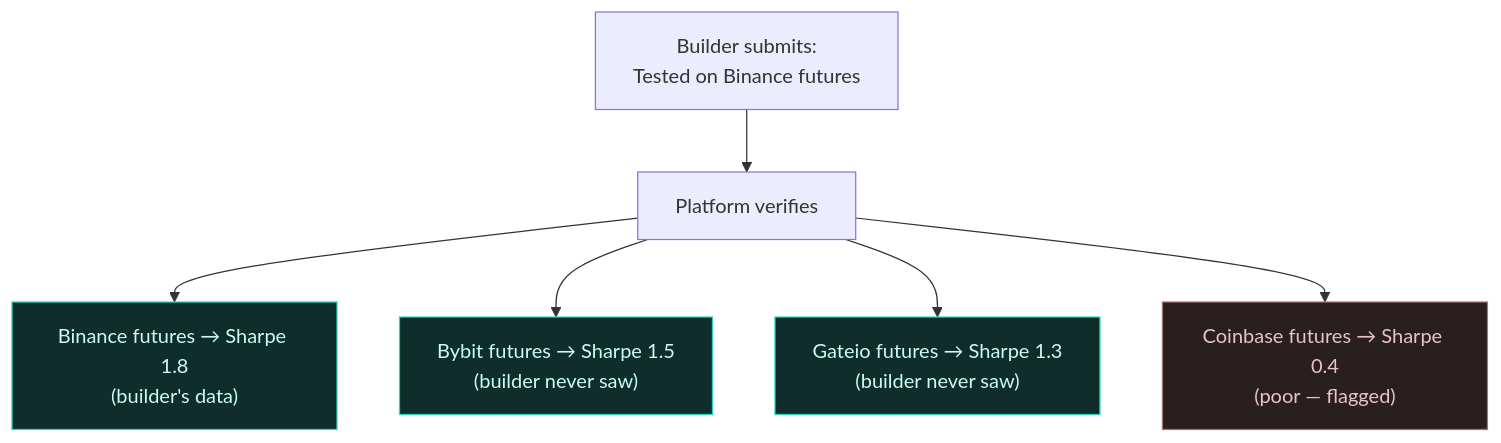
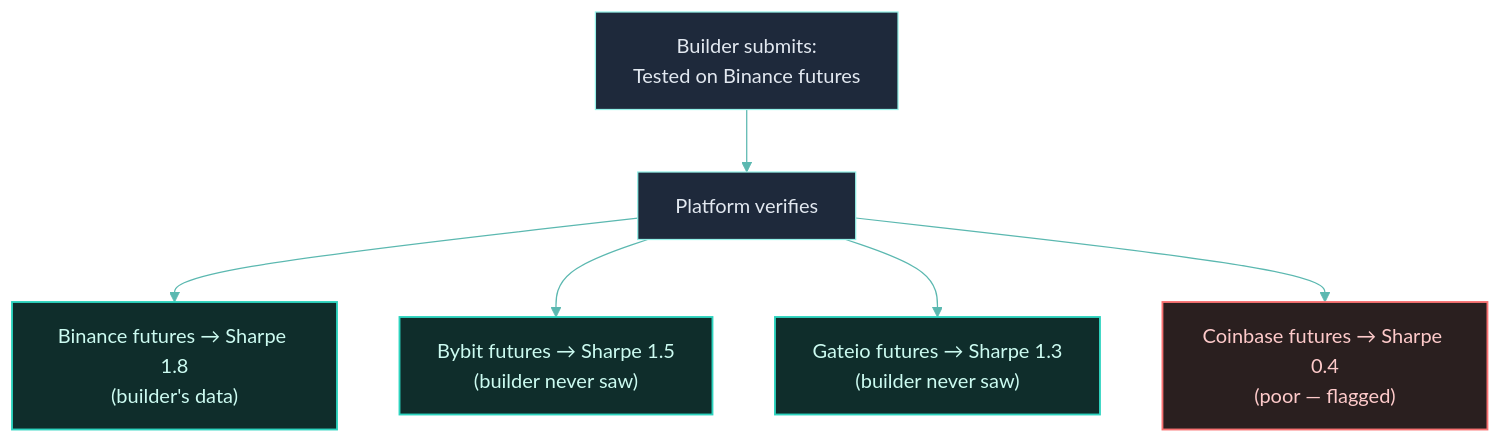
Before and after one commit to Clypt/docs: the second of 2 diagrams in getting-started/why-clypt.mdx, drawn with Mermaid. The commit also changed other lines of this file and 73 other files, not shown here.

````diff
--- a/getting-started/why-clypt.mdx
+++ b/getting-started/why-clypt.mdx
@@ -120,12 +121,15 @@
 ```mermaid
+%%{init: {'theme': 'base', 'themeVariables': { 'primaryColor': '#1e293b', 'primaryTextColor': '#e2e8f0', 'primaryBorderColor': '#94F1E8', 'lineColor': '#5bb8b0', 'clusterBkg': '#0f172a', 'clusterBorder': '#1e3a3a', 'titleColor': '#94F1E8', 'edgeLabelBackground': 'transparent' }}}%%
 flowchart TB
+    classDef success fill:#0f2d2b,stroke:#2dd4bf,stroke-width:1.5px,color:#ccfbf1
+    classDef warn fill:#2a1f1f,stroke:#f87171,stroke-width:1.5px,color:#fecaca
+
     A["Builder submits:<br>Tested on Binance futures"] --> V["Platform verifies"]
     V --> B["Binance futures → Sharpe 1.8<br>(builder's data)"]
     V --> C["Bybit futures → Sharpe 1.5<br>(builder never saw)"]
     V --> D["Gateio futures → Sharpe 1.3<br>(builder never saw)"]
     V --> E["Coinbase futures → Sharpe 0.4<br>(poor — flagged)"]
-    style B fill:#0f2d2b,stroke:#2dd4bf,color:#ccfbf1
-    style C fill:#0f2d2b,stroke:#2dd4bf,color:#ccfbf1
-    style D fill:#0f2d2b,stroke:#2dd4bf,color:#ccfbf1
-    style E fill:#2a1f1f,stroke:#a87171,color:#e8c4c4
+
+    class B,C,D success
+    class E warn
 ```
````
